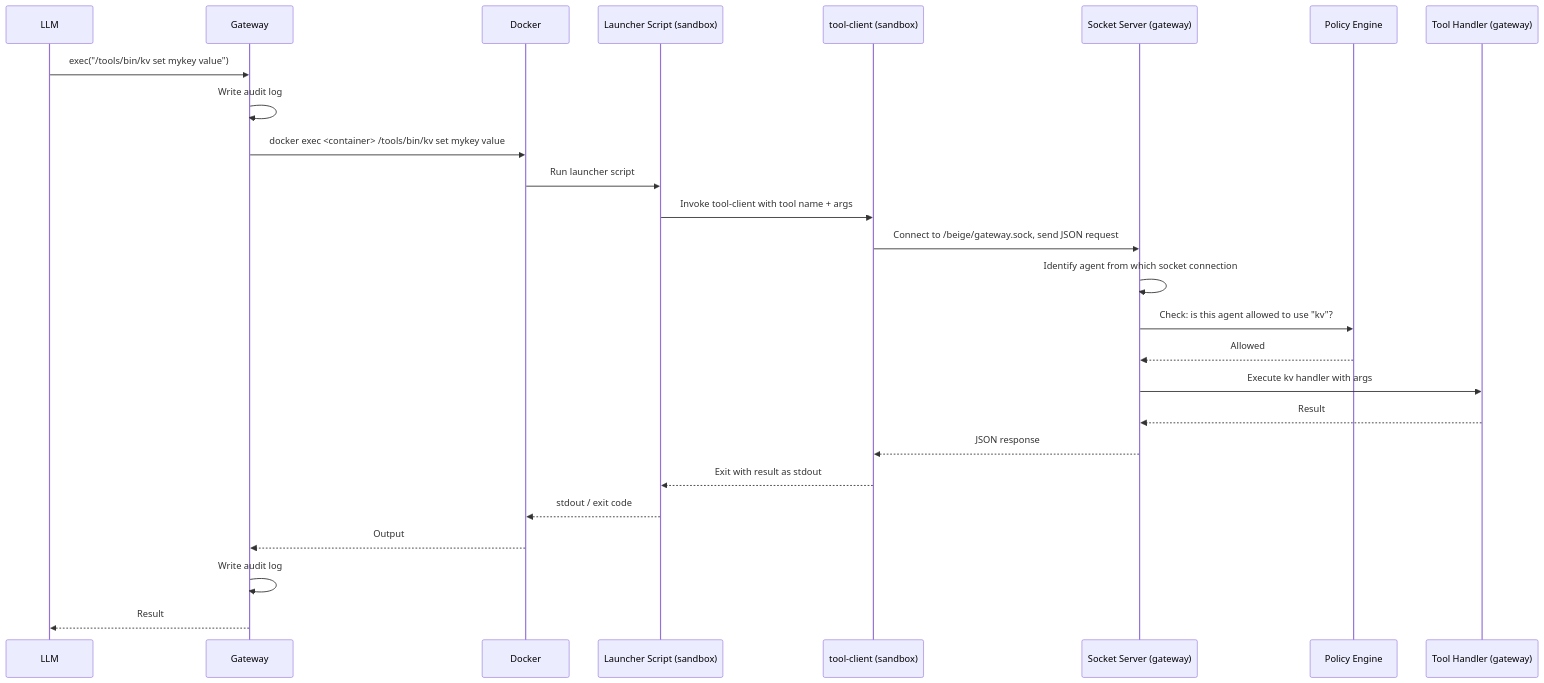
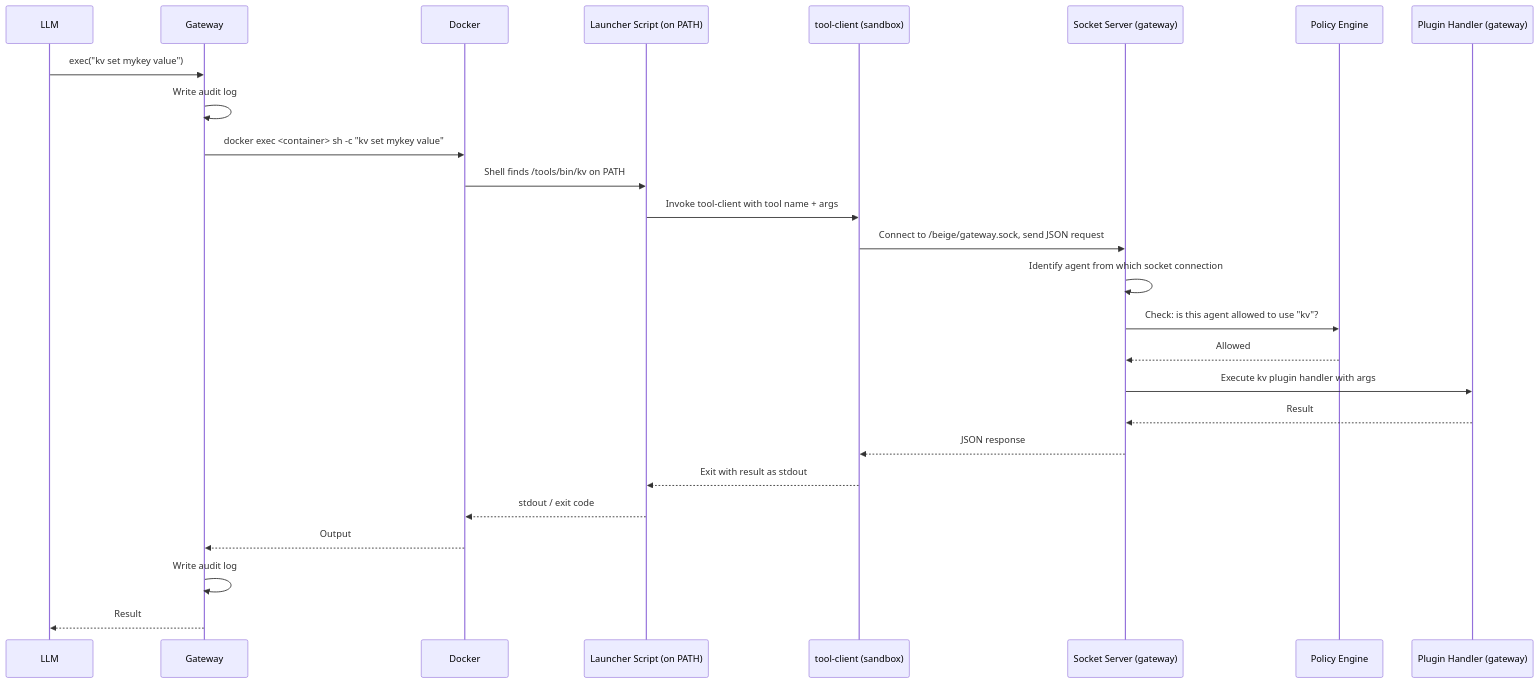
Before and after one commit to matthias-hausberger/beige: the second of 2 diagrams in docs/gateway/tool-calls.mdx, drawn with Mermaid. The commit also changed other lines of this file and 63 other files, not shown here.

First line of the commit message:
refactor!: plugin architecture

````diff
--- a/docs/gateway/tool-calls.mdx
+++ b/docs/gateway/tool-calls.mdx
@@ -57,29 +57,29 @@
 ```mermaid
 sequenceDiagram
     participant LLM
     participant Gateway
     participant Docker
-    participant Launcher as Launcher Script (sandbox)
+    participant Launcher as Launcher Script (on PATH)
     participant ToolClient as tool-client (sandbox)
     participant Socket as Socket Server (gateway)
     participant Policy as Policy Engine
-    participant Handler as Tool Handler (gateway)
+    participant Handler as Plugin Handler (gateway)
 
-    LLM->>Gateway: exec("/tools/bin/kv set mykey value")
+    LLM->>Gateway: exec("kv set mykey value")
     Gateway->>Gateway: Write audit log #1 (core_tool / exec)
-    Gateway->>Docker: docker exec <container> /tools/bin/kv set mykey value
-    Docker->>Launcher: Run launcher script
+    Gateway->>Docker: docker exec <container> sh -c "kv set mykey value"
+    Docker->>Launcher: Shell finds /tools/bin/kv on PATH
     Launcher->>ToolClient: Invoke tool-client with tool name + args
     ToolClient->>Socket: Connect to /beige/gateway.sock, send JSON request
     Socket->>Socket: Identify agent from which socket connection
     Socket->>Policy: Check: is this agent allowed to use "kv"?
     Policy-->>Socket: Allowed
-    Socket->>Handler: Execute kv handler with args
+    Socket->>Handler: Execute kv plugin handler with args
     Handler-->>Socket: Result
     Socket-->>ToolClient: JSON response
     ToolClient-->>Launcher: Exit with result as stdout
     Launcher-->>Docker: stdout / exit code
     Docker-->>Gateway: Output
     Gateway->>Gateway: Write audit log #2 (tool / kv)
     Gateway-->>LLM: Result
 ```
````
